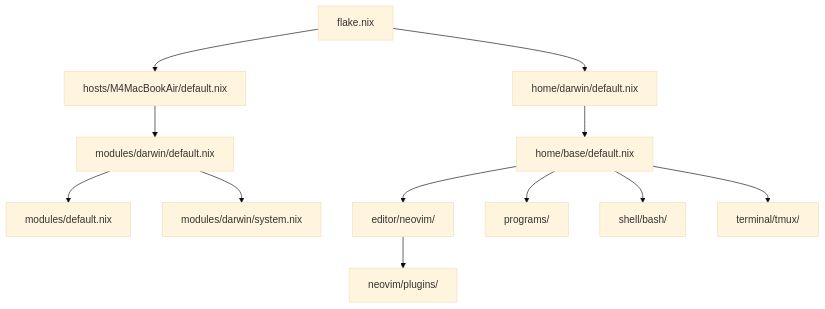
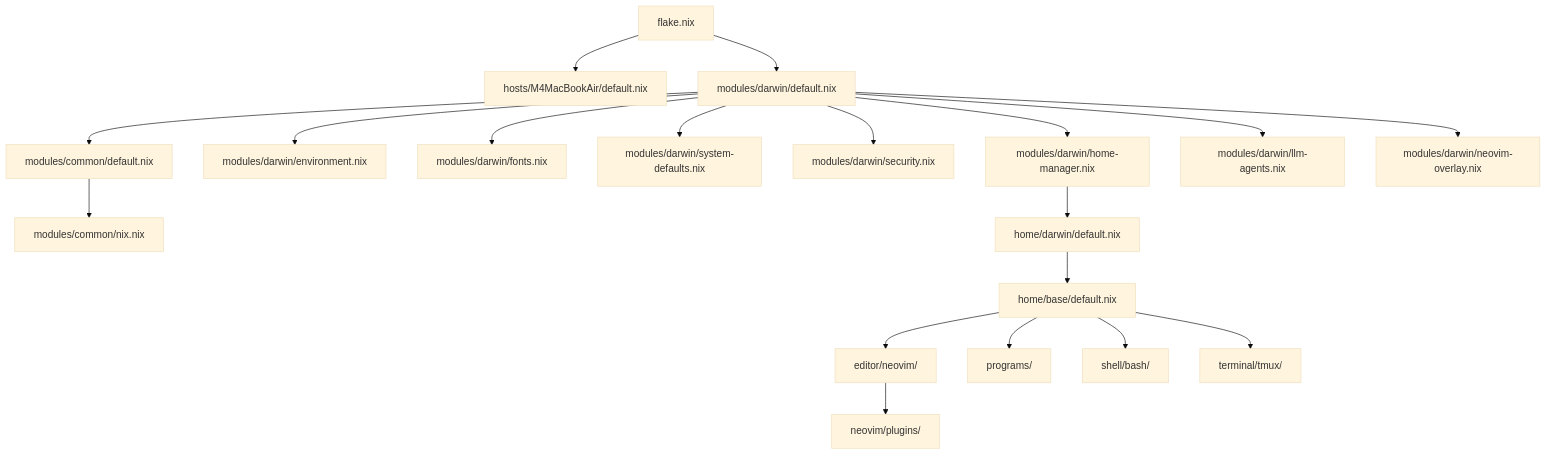
One commit to pranc1ngpegasus/dotfiles changed the diagram in docs/architecture.md. Above: the diagram before and after it, drawn with Mermaid (base theme). The commit also changed other lines of this file and 14 other files, not shown here.

First line of the commit message:
refactor(flake): split modules by responsibility and slim flake.nix (#27)

````diff
--- a/docs/architecture.md
+++ b/docs/architecture.md
@@ -5,14 +5,21 @@
 ```mermaid
 graph TD
     A[flake.nix] --> B[hosts/M4MacBookAir/default.nix]
-    B --> C[modules/darwin/default.nix]
-    C --> D[modules/default.nix]
-    C --> E[modules/darwin/system.nix]
-    A --> F[home/darwin/default.nix]
+    A --> C[modules/darwin/default.nix]
+    C --> D[modules/common/default.nix]
+    D --> D1[modules/common/nix.nix]
+    C --> E1[modules/darwin/environment.nix]
+    C --> E2[modules/darwin/fonts.nix]
+    C --> E3[modules/darwin/system-defaults.nix]
+    C --> E4[modules/darwin/security.nix]
+    C --> E5[modules/darwin/home-manager.nix]
+    C --> E6[modules/darwin/llm-agents.nix]
+    C --> E7[modules/darwin/neovim-overlay.nix]
+    E5 --> F[home/darwin/default.nix]
     F --> G[home/base/default.nix]
     G --> H[editor/neovim/]
     H --> L[neovim/plugins/]
     G --> I[programs/]
     G --> J[shell/bash/]
     G --> K[terminal/tmux/]
 ```
````
